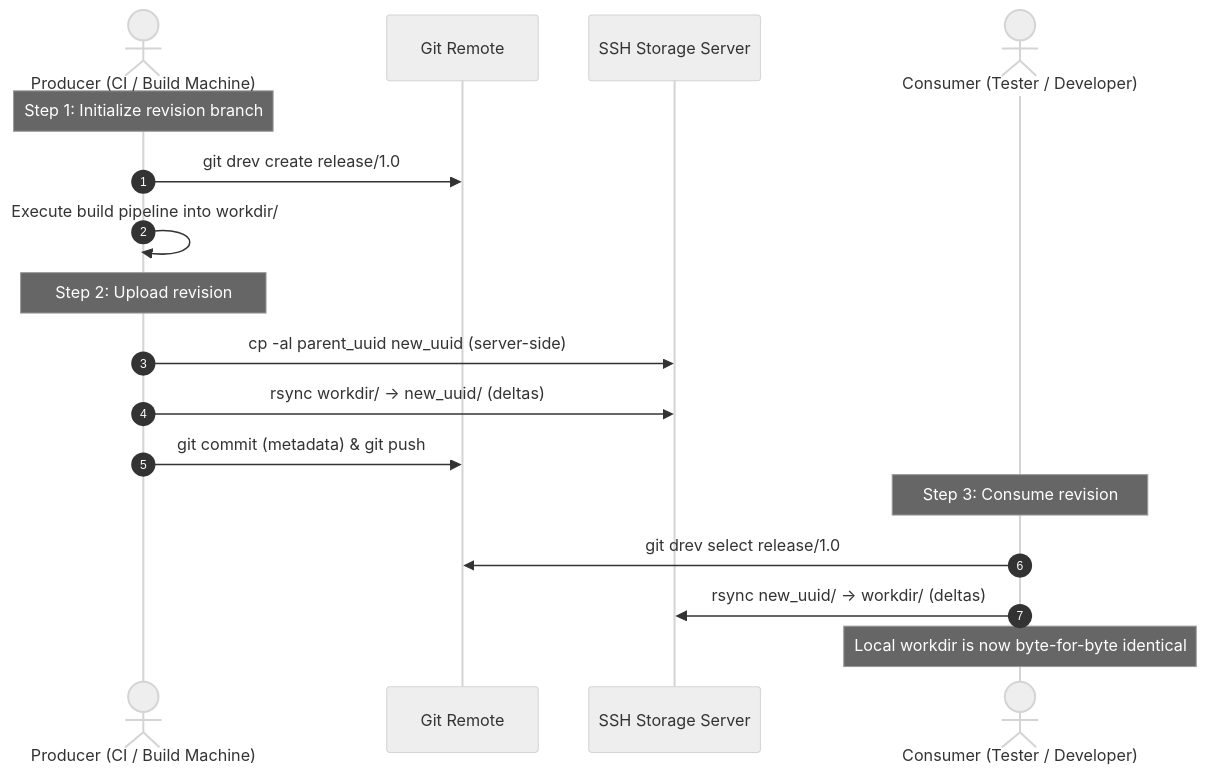
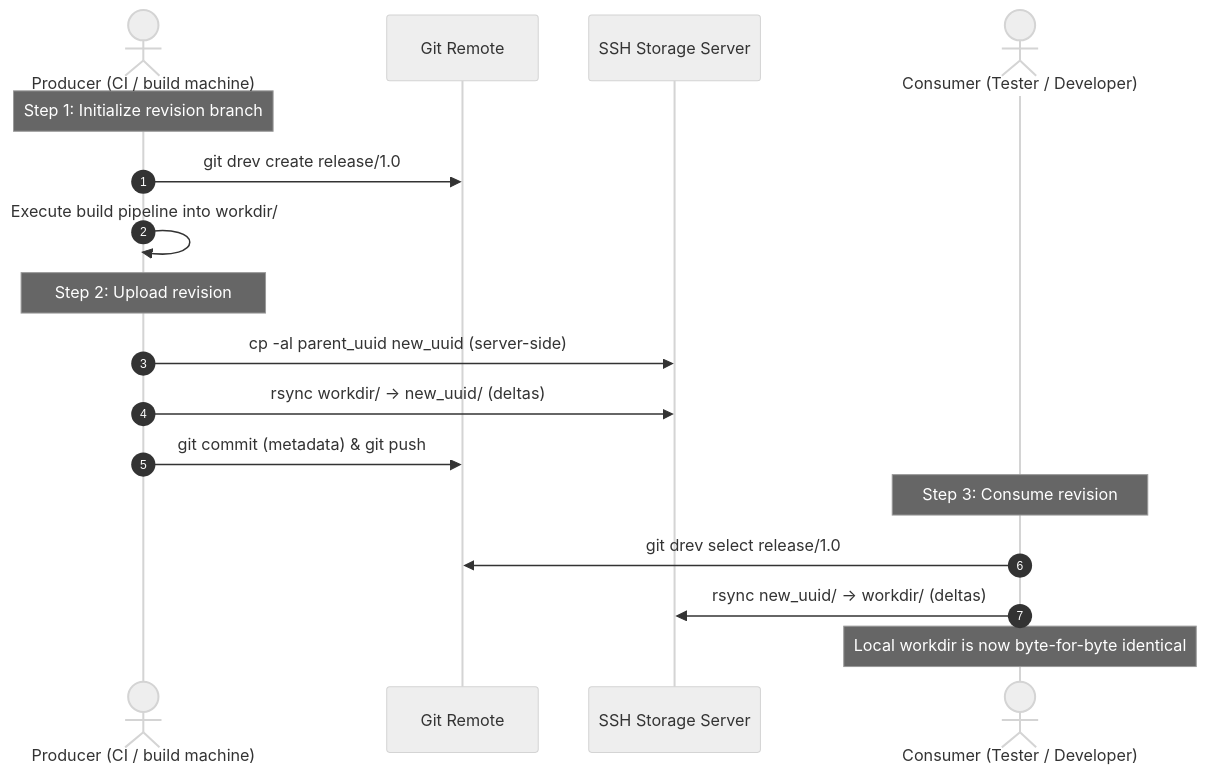
One commit to bvarnai/git-drev changed the second of 2 diagrams in docs/user-guide/01-philosophy.md. Above: the diagram before and after it, drawn with Mermaid (neutral theme). The commit also changed other lines of this file and 8 other files, not shown here.

````diff
--- a/docs/user-guide/01-philosophy.md
+++ b/docs/user-guide/01-philosophy.md
@@ -69,21 +69,21 @@
 ```mermaid
 sequenceDiagram
     autonumber
-    actor Producer as Producer (CI / Build Machine)
+    actor Producer as Producer (CI / build machine)
     participant Git as Git Remote
     participant Storage as SSH Storage Server
     actor Consumer as Consumer (Tester / Developer)
 
     Note over Producer: Step 1: Initialize revision branch
     Producer->>Git: git drev create release/1.0
     Producer->>Producer: Execute build pipeline into workdir/
     Note over Producer: Step 2: Upload revision
     Producer->>Storage: cp -al parent_uuid new_uuid (server-side)
     Producer->>Storage: rsync workdir/ -> new_uuid/ (deltas)
     Producer->>Git: git commit (metadata) & git push
 
     Note over Consumer: Step 3: Consume revision
     Consumer->>Git: git drev select release/1.0
     Consumer->>Storage: rsync new_uuid/ -> workdir/ (deltas)
     Note over Consumer: Local workdir is now byte-for-byte identical
 ```
````
